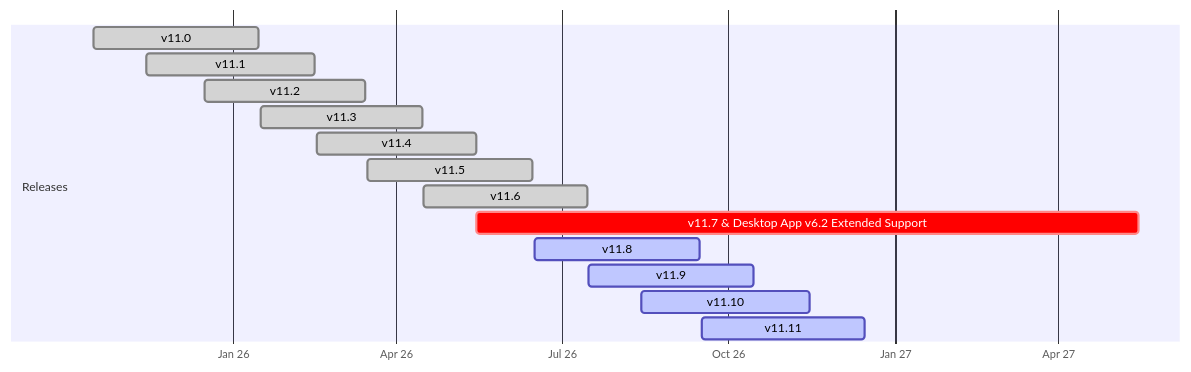
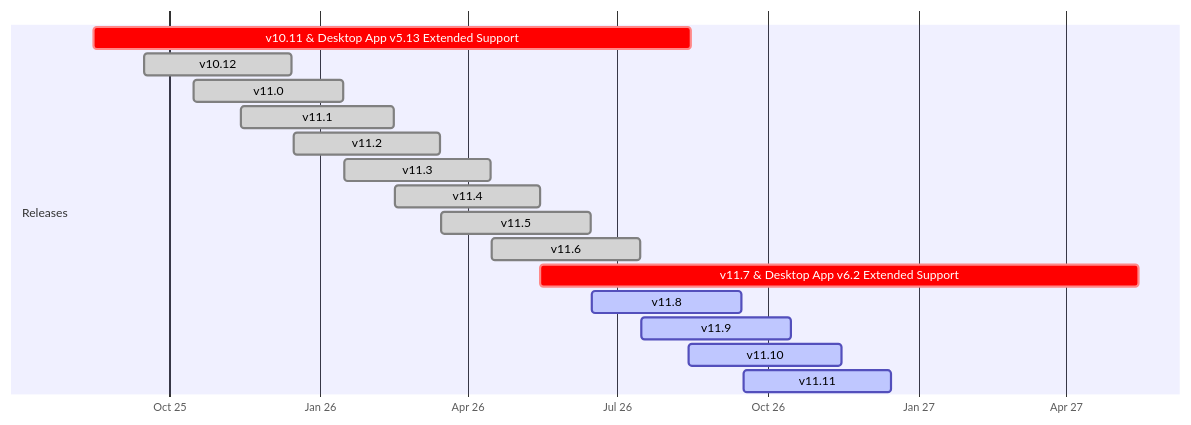
The diagram in source/product-overview/release-policy.md (mattermost/docs), drawn with Mermaid before and after one commit. The commit also changed other lines of this file, not shown here.

````diff
--- a/source/product-overview/release-policy.md
+++ b/source/product-overview/release-policy.md
@@ -44,20 +44,22 @@
 ```{mermaid}
 
 gantt
     dateFormat  YYYY-MM-DD
     axisFormat  %b %y
 
     section Releases
+    v10.11 & Desktop App v5.13 Extended Support :crit,    2025-08-16, 2026-08-15
+    v10.12                 :done, 2025-09-16, 2025-12-15
     v11.0                  :done, 2025-10-16, 2026-01-15
     v11.1                  :done, 2025-11-14, 2026-02-15
     v11.2                  :done, 2025-12-16, 2026-03-15
     v11.3                  :done, 2026-01-16, 2026-04-15
     v11.4                  :done, 2026-02-16, 2026-05-15
     v11.5                  :done, 2026-03-16, 2026-06-15
     v11.6                  :done, 2026-04-16, 2026-07-15
     v11.7 & Desktop App v6.2 Extended Support :crit,    2026-05-15, 2027-05-15
     v11.8                  :active, 2026-06-16, 2026-09-15
     v11.9                  :active, 2026-07-16, 2026-10-15
     v11.10                 :active, 2026-08-14, 2026-11-15
     v11.11                 :active, 2026-09-16, 2026-12-15
 ```
````
